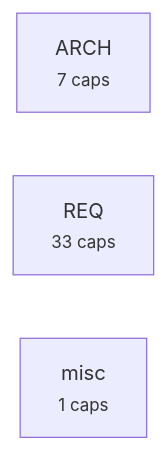
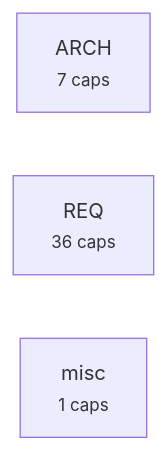
One commit to alxmax/excalidraw-diagram changed the third of 4 diagrams in requirements/_map.md. Above: the diagram before and after it, drawn with Mermaid. The commit also changed other lines of this file and 41 other files, not shown here.

````diff
--- a/requirements/_map.md
+++ b/requirements/_map.md
@@ -125,6 +128,6 @@
 ```mermaid
 graph LR
   a_ARCH["ARCH<br><small>7 caps</small>"]
-  a_REQ["REQ<br><small>33 caps</small>"]
+  a_REQ["REQ<br><small>36 caps</small>"]
   a_misc["misc<br><small>1 caps</small>"]
 ```
````
